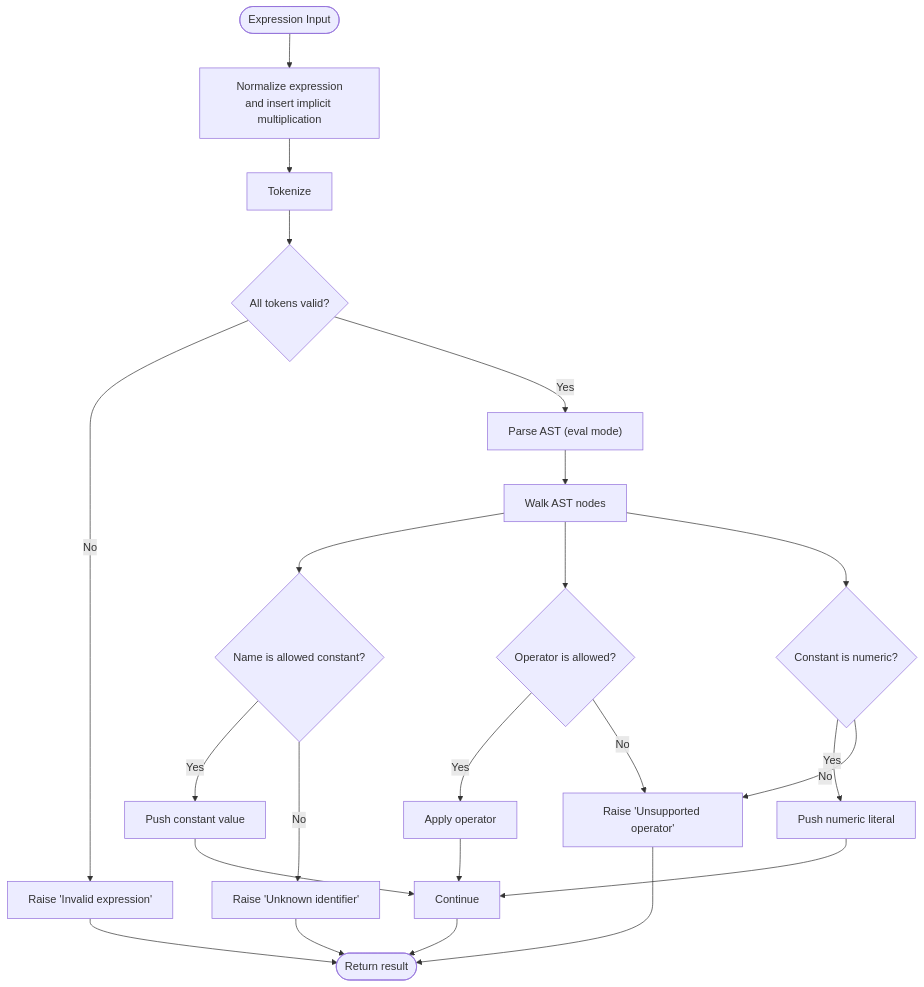
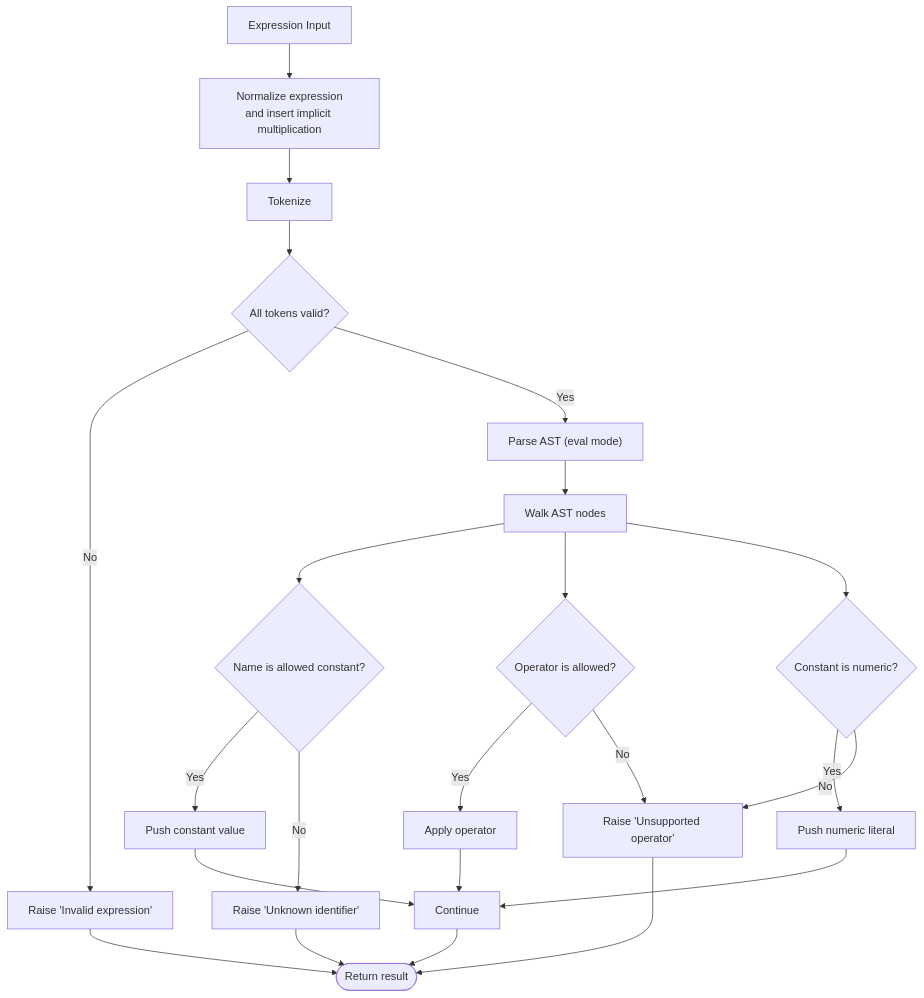
The third of 6 diagrams in .qoder/repowiki/en/content/Architecture Overview/Pillar-Based Architecture/Geometry Pillar/Advanced Scientific Calculator.md (TheDaniel166/IsopGem), drawn with Mermaid before and after one commit. The commit also changed other lines of this file and 44 other files, not shown here.

````diff
--- a/.qoder/repowiki/en/content/Architecture Overview/Pillar-Based Architecture/Geometry Pillar/Advanced Scientific Calculator.md
+++ b/.qoder/repowiki/en/content/Architecture Overview/Pillar-Based Architecture/Geometry Pillar/Advanced Scientific Calculator.md
@@ -159,25 +184,25 @@
 ```mermaid
 flowchart TD
-Start(["Expression Input"]) --> Normalize["Normalize expression<br/>and insert implicit multiplication"]
+Start["Expression Input"] --> Normalize["Normalize expression<br/>and insert implicit multiplication"]
 Normalize --> Tokenize["Tokenize"]
 Tokenize --> ValidateTokens{"All tokens valid?"}
 ValidateTokens --> |No| Error["Raise 'Invalid expression'"]
 ValidateTokens --> |Yes| ParseAST["Parse AST (eval mode)"]
 ParseAST --> EvalTree["Walk AST nodes"]
 EvalTree --> AllowedConsts{"Name is allowed constant?"}
 AllowedConsts --> |Yes| PushConst["Push constant value"]
 AllowedConsts --> |No| Unknown["Raise 'Unknown identifier'"]
 EvalTree --> AllowedOps{"Operator is allowed?"}
 AllowedOps --> |Yes| ApplyOp["Apply operator"]
 AllowedOps --> |No| Reject["Raise 'Unsupported operator'"]
 EvalTree --> NumericLit{"Constant is numeric?"}
 NumericLit --> |Yes| PushNum["Push numeric literal"]
 NumericLit --> |No| Reject
 PushConst --> Continue["Continue"]
 PushNum --> Continue
 ApplyOp --> Continue
 Continue --> Done(["Return result"])
 Error --> Done
 Unknown --> Done
 Reject --> Done
 ```
````
